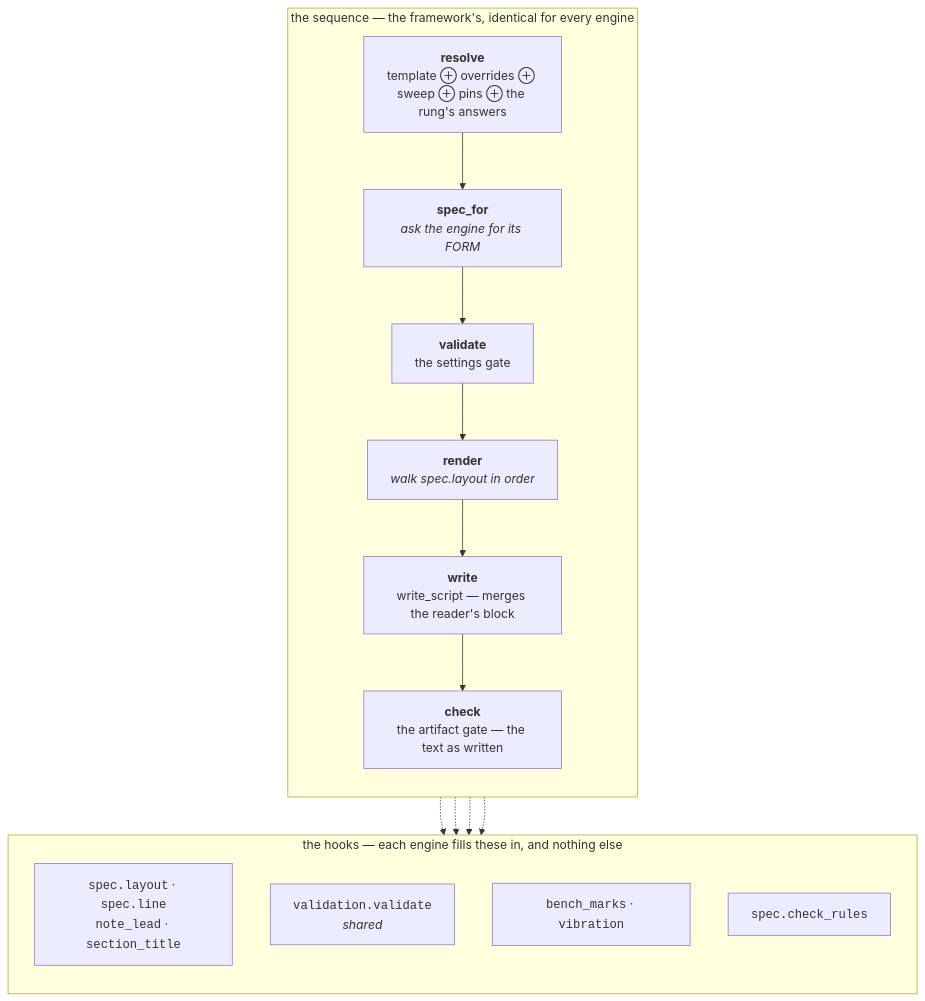
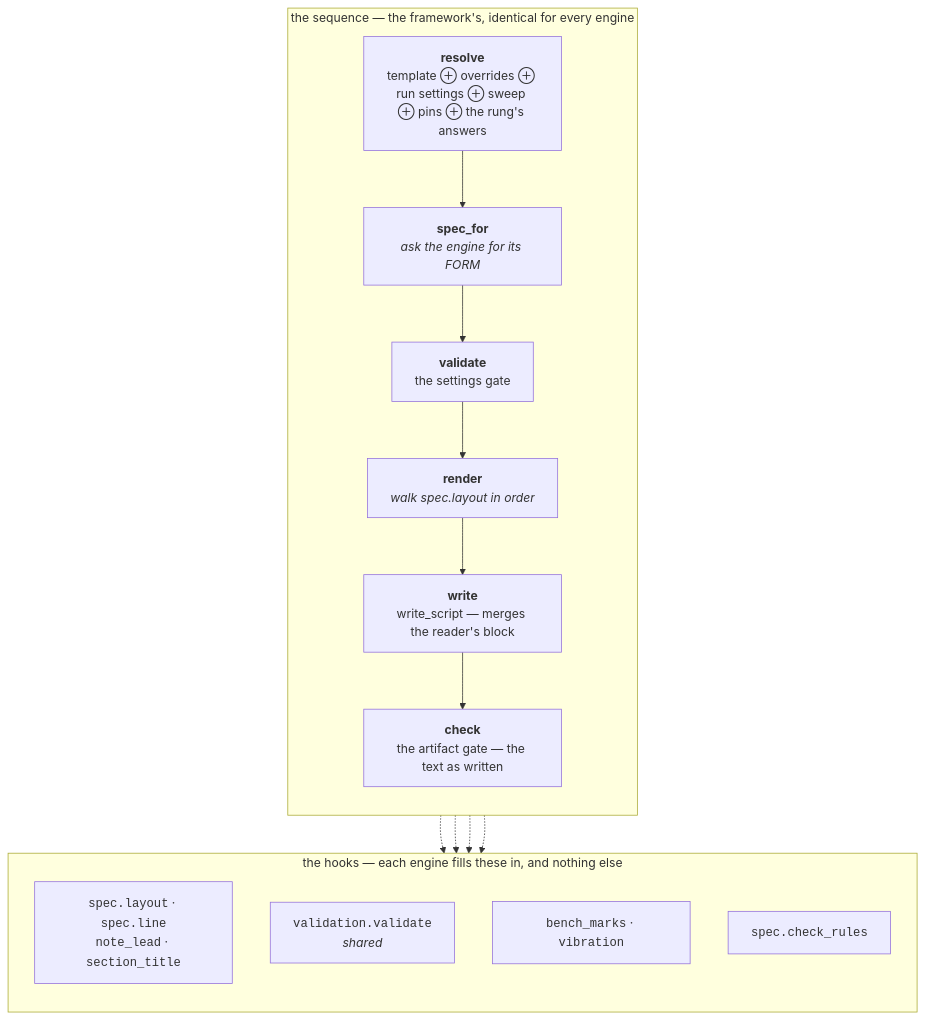
Before and after one commit to Qing-LAB/molbuilder: the fifth of 5 diagrams in docs/execution/script-preparation.md, drawn with Mermaid. The commit also changed other lines of this file and 59 other files, not shown here.

````diff
--- a/docs/execution/script-preparation.md
+++ b/docs/execution/script-preparation.md
@@ -726,24 +726,24 @@
 ```mermaid
 flowchart TB
     subgraph FIXED["the sequence — the framework's, identical for every engine"]
       direction TB
-      S1["<b>resolve</b><br/>template ⊕ overrides ⊕ sweep ⊕ pins ⊕ the rung's answers"]
+      S1["<b>resolve</b><br/>template ⊕ overrides ⊕ run settings ⊕ sweep ⊕ pins ⊕ the rung's answers"]
       S2["<b>spec_for</b><br/><i>ask the engine for its FORM</i>"]
       S3["<b>validate</b><br/>the settings gate"]
       S4["<b>render</b><br/><i>walk spec.layout in order</i>"]
       S5["<b>write</b><br/>write_script — merges the reader's block"]
       S6["<b>check</b><br/>the artifact gate — the text as written"]
       S1 --> S2 --> S3 --> S4 --> S5 --> S6
     end
     subgraph HOOKS["the hooks — each engine fills these in, and nothing else"]
       direction TB
       H2["<code>spec.layout</code> · <code>spec.line</code><br/><code>note_lead</code> · <code>section_title</code>"]
       H3["<code>validation.validate</code><br/><i>shared</i>"]
       H5["<code>bench_marks</code> · <code>vibration</code>"]
       H6["<code>spec.check_rules</code>"]
     end
     S2 -.-> H2
     S3 -.-> H3
     S4 -.-> H5
     S6 -.-> H6
 ```
````
